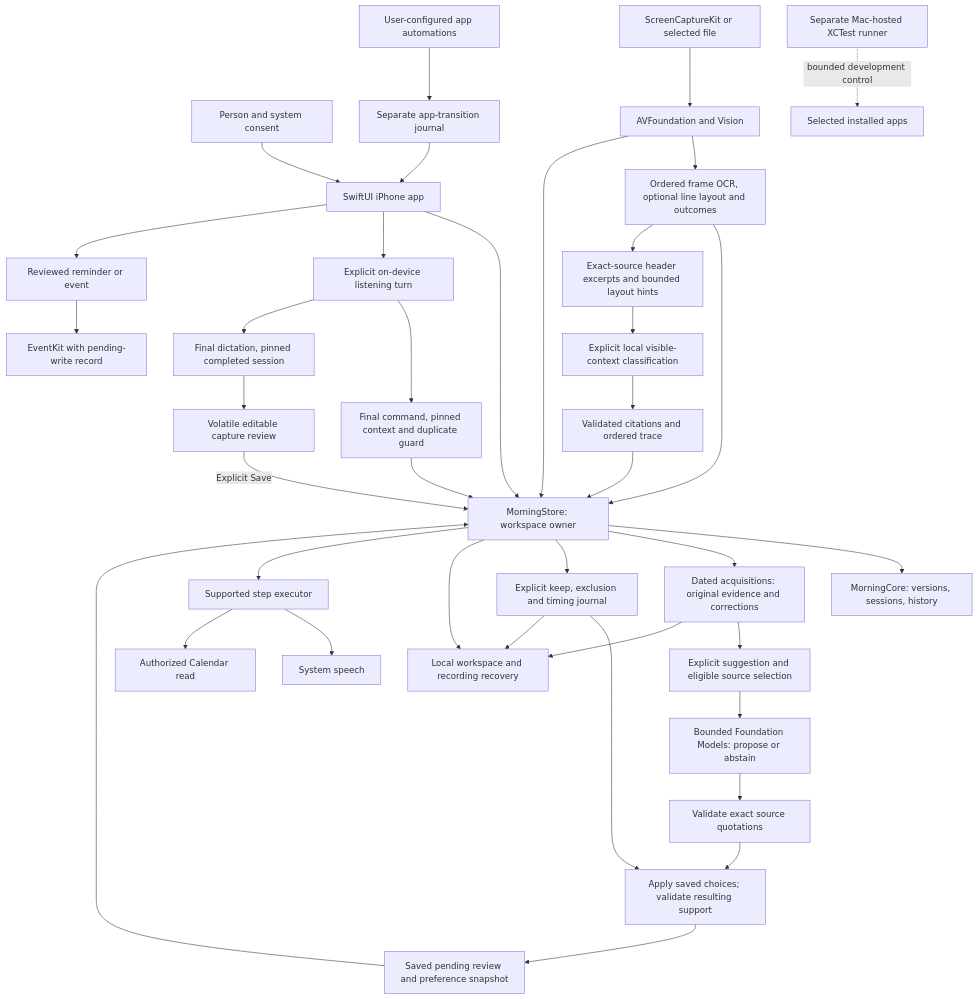
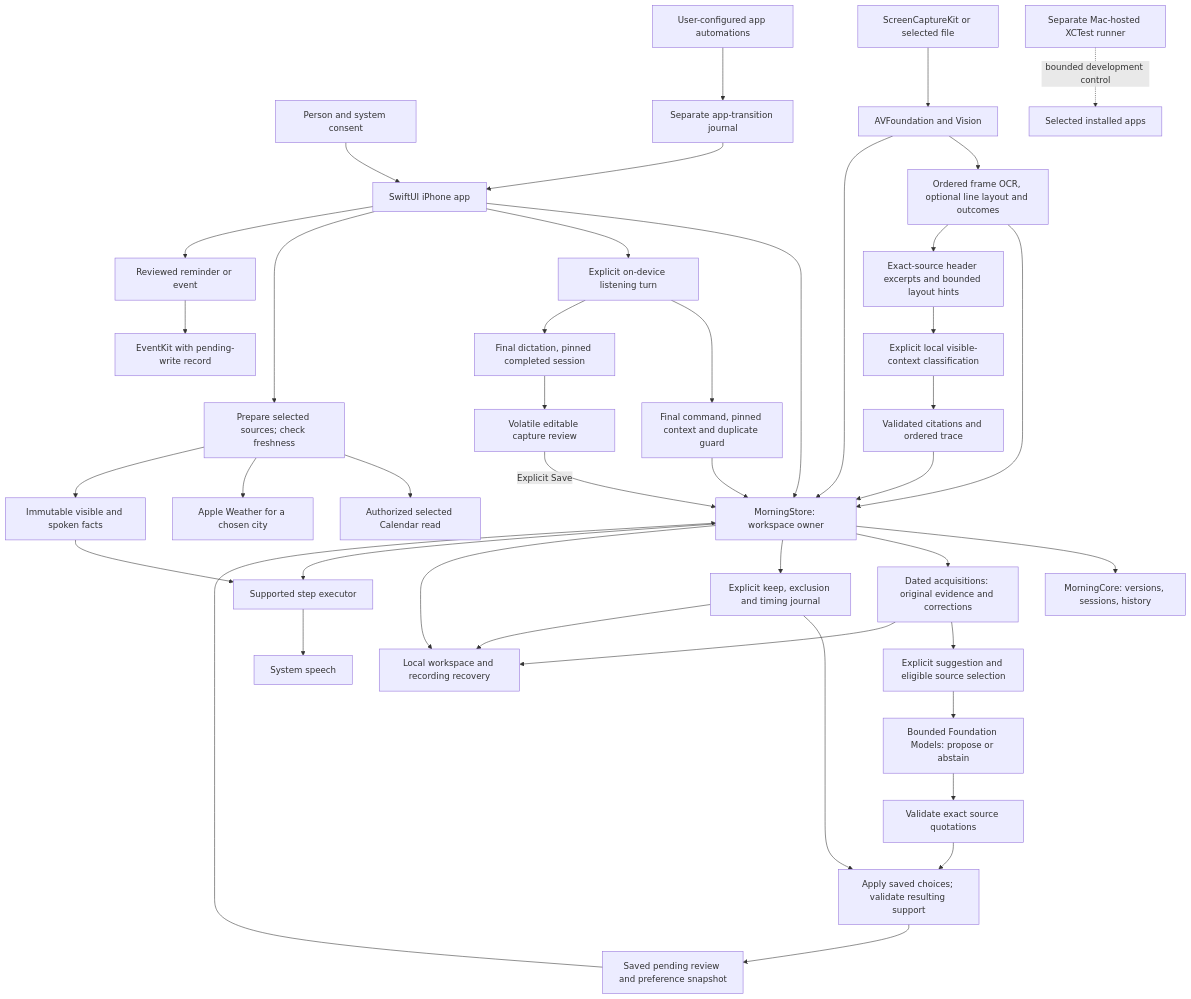
Before and after one commit to gderamchi/morning-operator: the first of 4 diagrams in docs/ARCHITECTURE.md, drawn with Mermaid. The commit also changed other lines of this file and 9 other files, not shown here.

Commit message:
Document prepared recaps, verification and WeatherKit signing setup

````diff
--- a/docs/ARCHITECTURE.md
+++ b/docs/ARCHITECTURE.md
@@ -15,40 +15,44 @@
 ```mermaid
 flowchart TB
     Person["Person and system consent"] --> UI["SwiftUI iPhone app"]
     UI --> Store["MorningStore: workspace owner"]
     Capture["ScreenCaptureKit or selected file"] --> Media["AVFoundation and Vision"]
     Media --> Frames["Ordered frame OCR, optional line layout and outcomes"]
     Frames --> Store
     Frames --> Excerpts["Exact-source header excerpts and bounded layout hints"]
     Excerpts --> Context["Explicit local visible-context classification"]
     Context --> Trace["Validated citations and ordered trace"]
     Trace --> Store
     Media --> Store
     Store --> Core["MorningCore: versions, sessions, history"]
     Store --> Archive["Dated acquisitions: original evidence and corrections"]
     Archive --> Selection["Explicit suggestion and eligible source selection"]
     Selection --> Model["Bounded Foundation Models: propose or abstain"]
     Model --> Citations["Validate exact source quotations"]
     Store --> Preferences["Explicit keep, exclusion and timing journal"]
     Citations --> Reconcile["Apply saved choices; validate resulting support"]
     Preferences --> Reconcile
     Reconcile --> Pending["Saved pending review and preference snapshot"]
     Pending --> Store
     Preferences --> Disk
     Archive --> Disk
     Store --> Disk["Local workspace and recording recovery"]
     Store --> Runner["Supported step executor"]
     Runner --> Speech["System speech"]
     UI --> Listener["Explicit on-device listening turn"]
     Listener --> Command["Final command, pinned context and duplicate guard"]
     Command --> Store
     Listener --> CaptureText["Final dictation, pinned completed session"]
     CaptureText --> CaptureReview["Volatile editable capture review"]
     CaptureReview -->|Explicit Save| Store
-    Runner --> Calendar["Authorized Calendar read"]
+    UI --> Briefing["Prepare selected sources; check freshness"]
+    Briefing --> Calendar["Authorized selected Calendar read"]
+    Briefing --> Weather["Apple Weather for a chosen city"]
+    Briefing --> Prepared["Immutable visible and spoken facts"]
+    Prepared --> Runner
     UI --> ReviewedSave["Reviewed reminder or event"]
     ReviewedSave --> EventKit["EventKit with pending-write record"]
     Shortcuts["User-configured app automations"] --> Journal["Separate app-transition journal"]
     Journal --> UI
     Harness["Separate Mac-hosted XCTest runner"] -. "bounded development control" .-> OtherApps["Selected installed apps"]
 ```
````
